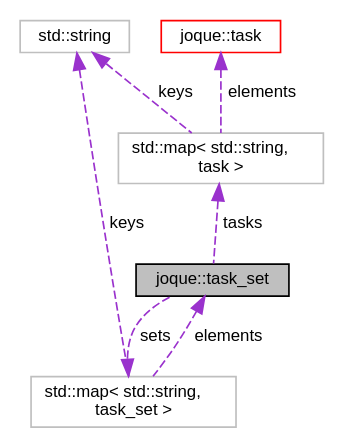
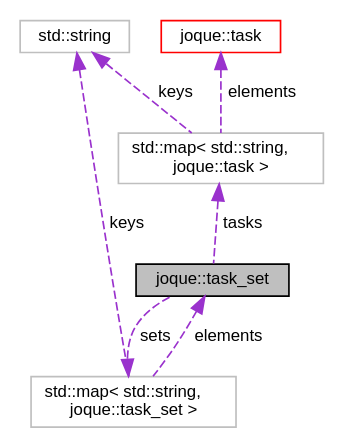
One commit to koniarik/joque changed the diagram in structjoque_1_1task__set__coll__graph.dot. Above: the diagram before and after it, drawn with Graphviz. The commit also changed 154 other files, not shown here.

```diff
--- a/structjoque_1_1task__set__coll__graph.dot
+++ b/structjoque_1_1task__set__coll__graph.dot
@@ -1,17 +1,17 @@
 digraph "joque::task_set"
 {
  // LATEX_PDF_SIZE
   edge [fontname="Helvetica",fontsize="10",labelfontname="Helvetica",labelfontsize="10"];
   node [fontname="Helvetica",fontsize="10",shape=record];
-  Node1 [label="joque::task_set",height=0.2,width=0.4,color="black", fillcolor="grey75", style="filled", fontcolor="black",tooltip=" "];
+  Node1 [label="joque::task_set",height=0.2,width=0.4,color="black", fillcolor="grey75", style="filled", fontcolor="black",tooltip="A set of tasks that contains either tasks or another sets."];
   Node2 -> Node1 [dir="back",color="darkorchid3",fontsize="10",style="dashed",label=" tasks" ,fontname="Helvetica"];
-  Node2 [label="std::map\< std::string,\l task \>",height=0.2,width=0.4,color="grey75", fillcolor="white", style="filled",tooltip=" "];
+  Node2 [label="std::map\< std::string,\l joque::task \>",height=0.2,width=0.4,color="grey75", fillcolor="white", style="filled",tooltip=" "];
   Node3 -> Node2 [dir="back",color="darkorchid3",fontsize="10",style="dashed",label=" keys" ,fontname="Helvetica"];
   Node3 [label="std::string",height=0.2,width=0.4,color="grey75", fillcolor="white", style="filled",tooltip=" "];
   Node5 -> Node2 [dir="back",color="darkorchid3",fontsize="10",style="dashed",label=" elements" ,fontname="Helvetica"];
-  Node5 [label="joque::task",height=0.2,width=0.4,color="red", fillcolor="white", style="filled",URL="$namespacejoque.html#structjoque_1_1task",tooltip=" "];
+  Node5 [label="joque::task",height=0.2,width=0.4,color="red", fillcolor="white", style="filled",URL="$namespacejoque.html#structjoque_1_1task",tooltip="Single task that should be executed by the system."];
   Node12 -> Node1 [dir="back",color="darkorchid3",fontsize="10",style="dashed",label=" sets" ,fontname="Helvetica"];
-  Node12 [label="std::map\< std::string,\l task_set \>",height=0.2,width=0.4,color="grey75", fillcolor="white", style="filled",tooltip=" "];
+  Node12 [label="std::map\< std::string,\l joque::task_set \>",height=0.2,width=0.4,color="grey75", fillcolor="white", style="filled",tooltip=" "];
   Node1 -> Node12 [dir="back",color="darkorchid3",fontsize="10",style="dashed",label=" elements" ,fontname="Helvetica"];
   Node3 -> Node12 [dir="back",color="darkorchid3",fontsize="10",style="dashed",label=" keys" ,fontname="Helvetica"];
 }
```
